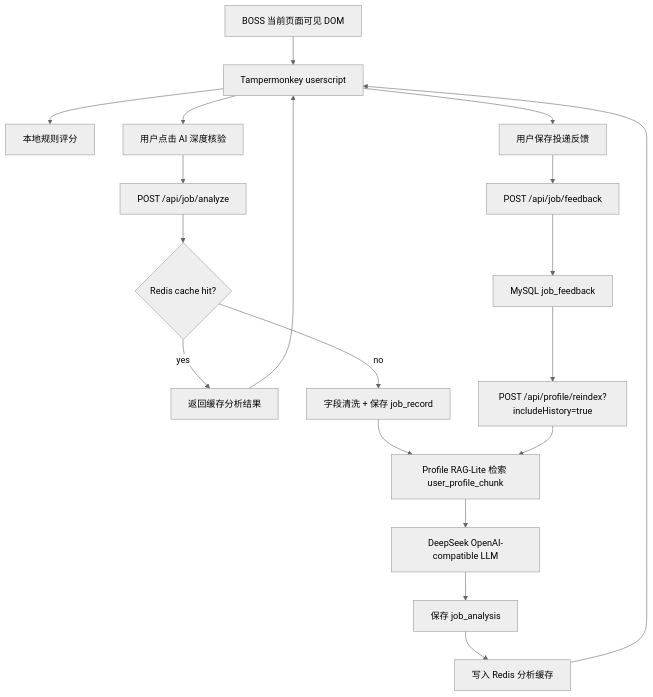
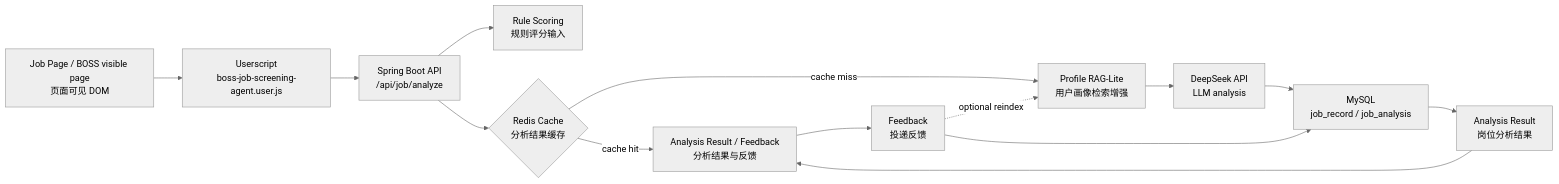
One commit to litao310294-cyber/ai-job-application-tracker-toolkit changed the diagram in README.md. Above: the diagram before and after it, drawn with Mermaid (neutral theme). The commit also changed other lines of this file and 10 other files, not shown here.

````diff
--- a/README.md
+++ b/README.md
@@ -23,21 +24,16 @@
 ```mermaid
-flowchart TD
-  A["BOSS 当前页面可见 DOM"] --> B["Tampermonkey userscript"]
-  B --> C["本地规则评分"]
-  B --> D["用户点击 AI 深度核验"]
-  D --> E["POST /api/job/analyze"]
-  E --> F{"Redis cache hit?"}
-  F -- "yes" --> G["返回缓存分析结果"]
-  F -- "no" --> H["字段清洗 + 保存 job_record"]
-  H --> I["Profile RAG-Lite 检索 user_profile_chunk"]
-  I --> J["DeepSeek OpenAI-compatible LLM"]
-  J --> K["保存 job_analysis"]
-  K --> L["写入 Redis 分析缓存"]
-  G --> B
-  L --> B
-  B --> M["用户保存投递反馈"]
-  M --> N["POST /api/job/feedback"]
-  N --> O["MySQL job_feedback"]
-  O --> P["POST /api/profile/reindex?includeHistory=true"]
-  P --> I
+flowchart LR
+  A["Job Page / BOSS visible page<br/>页面可见 DOM"] --> B["Userscript<br/>boss-job-screening-agent.user.js"]
+  B --> C["Spring Boot API<br/>/api/job/analyze"]
+  C --> D["Rule Scoring<br/>规则评分输入"]
+  C --> E{"Redis Cache<br/>分析结果缓存"}
+  E -- "cache hit" --> K["Analysis Result / Feedback<br/>分析结果与反馈"]
+  E -- "cache miss" --> F["Profile RAG-Lite<br/>用户画像检索增强"]
+  F --> G["DeepSeek API<br/>LLM analysis"]
+  G --> H["MySQL<br/>job_record / job_analysis"]
+  H --> I["Analysis Result<br/>岗位分析结果"]
+  I --> K
+  K --> J["Feedback<br/>投递反馈"]
+  J --> H
+  J -. "optional reindex" .-> F
 ```
````
